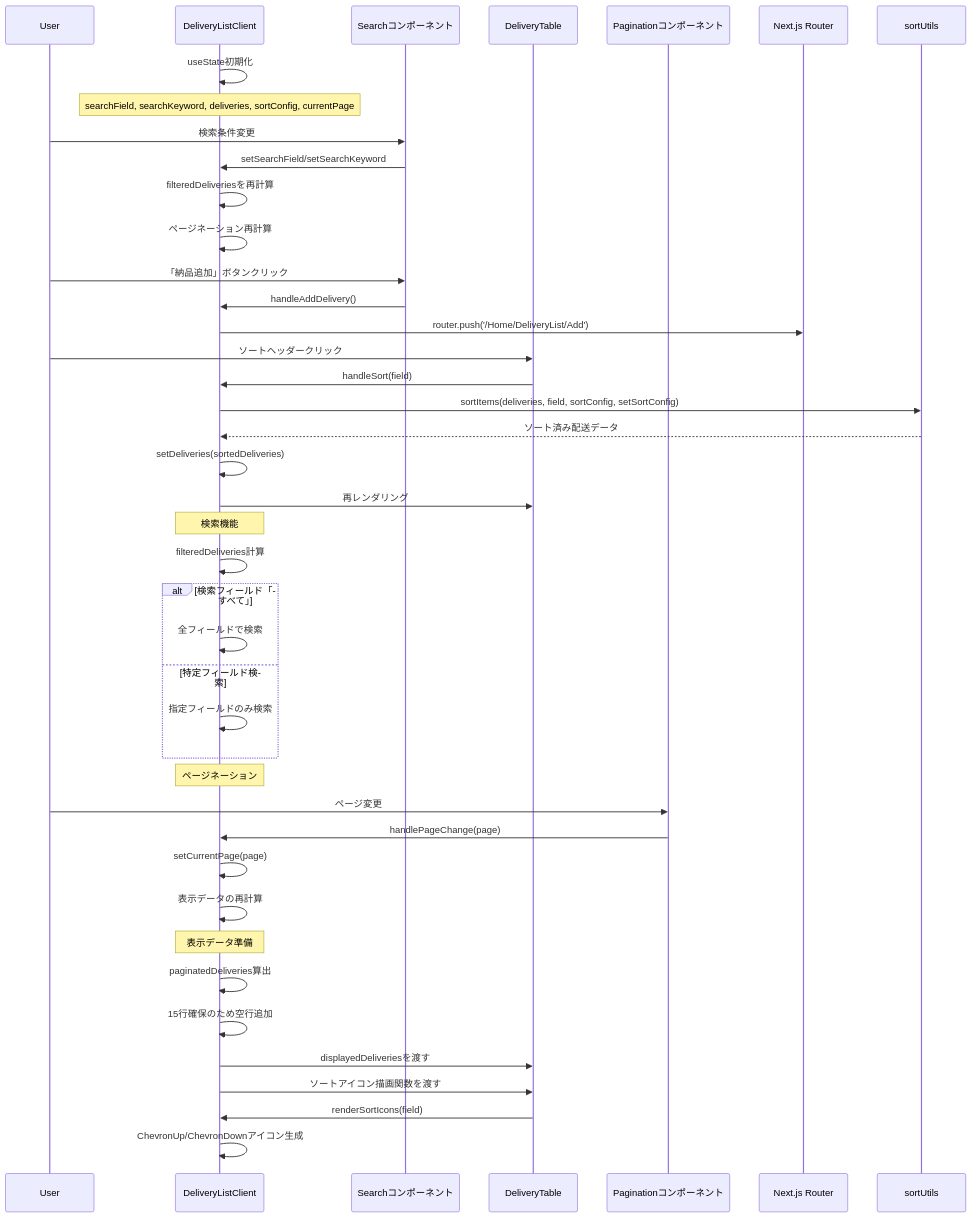
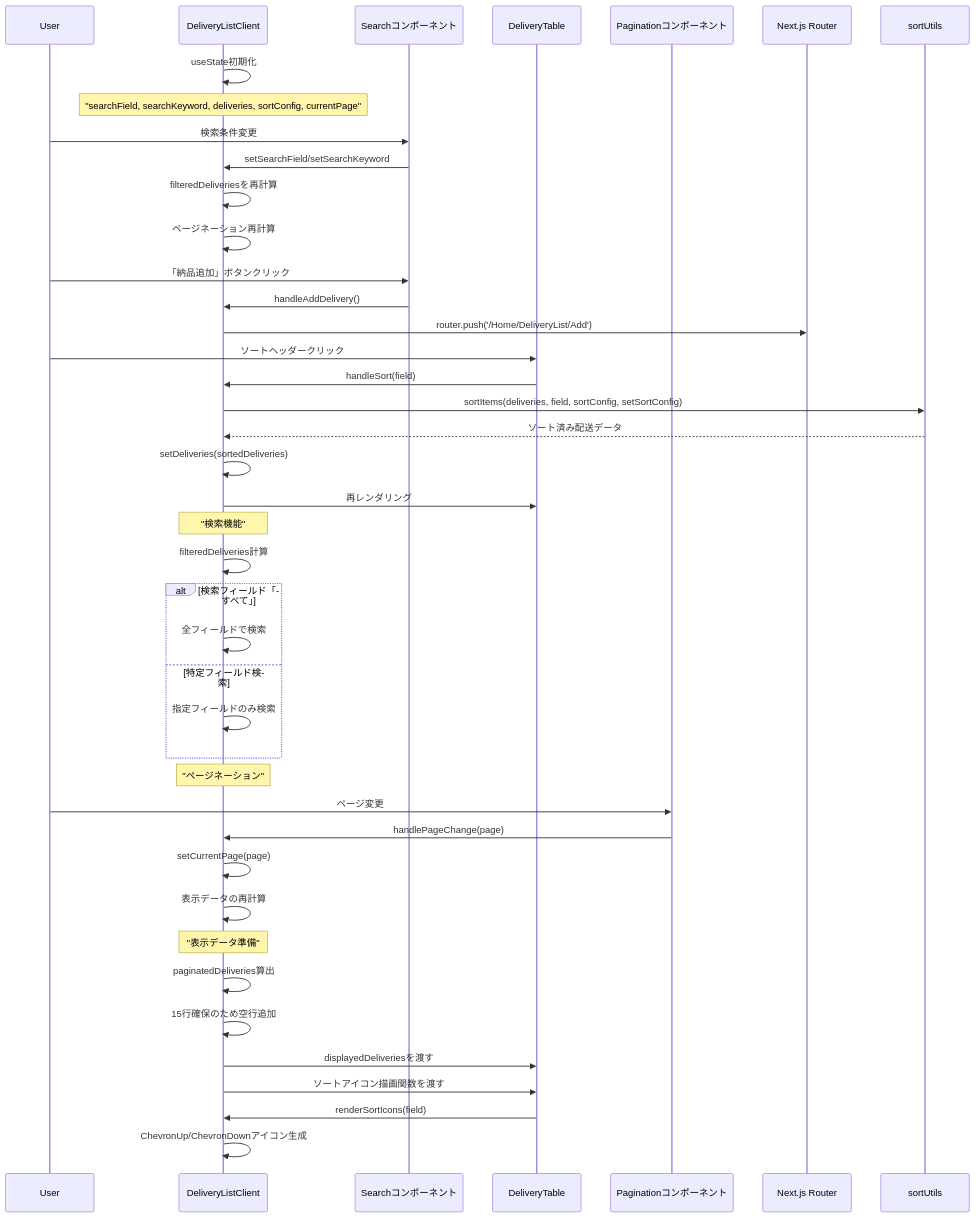
Before and after one commit to wasabi49/ocs-systemDevelopmentExercises: the diagram in document/components/sequence/DeliveryListClient.md, drawn with Mermaid. The commit also changed 42 other files, not shown here.

First line of the commit message:
fix: mermaidシーケンス図のNote over文でダブルクォーテーション不足を修正

````diff
--- a/document/components/sequence/DeliveryListClient.md
+++ b/document/components/sequence/DeliveryListClient.md
@@ -3,52 +3,52 @@
 ```mermaid
 sequenceDiagram
     participant User
     participant Component as DeliveryListClient
     participant Search as Searchコンポーネント
     participant Table as DeliveryTable
     participant Pagination as Paginationコンポーネント
     participant Router as Next.js Router
     participant SortUtils as sortUtils
 
     Component->>Component: useState初期化
-    Note over Component: searchField, searchKeyword, deliveries, sortConfig, currentPage
+    Note over Component: "searchField, searchKeyword, deliveries, sortConfig, currentPage"
 
     User->>Search: 検索条件変更
     Search->>Component: setSearchField/setSearchKeyword
     Component->>Component: filteredDeliveriesを再計算
     Component->>Component: ページネーション再計算
 
     User->>Search: 「納品追加」ボタンクリック
     Search->>Component: handleAddDelivery()
     Component->>Router: router.push('/Home/DeliveryList/Add')
 
     User->>Table: ソートヘッダークリック
     Table->>Component: handleSort(field)
     Component->>SortUtils: sortItems(deliveries, field, sortConfig, setSortConfig)
     SortUtils-->>Component: ソート済み配送データ
     Component->>Component: setDeliveries(sortedDeliveries)
     Component->>Table: 再レンダリング
 
-    Note over Component: 検索機能
+    Note over Component: "検索機能"
     Component->>Component: filteredDeliveries計算
     alt 検索フィールド「すべて」
         Component->>Component: 全フィールドで検索
     else 特定フィールド検索
         Component->>Component: 指定フィールドのみ検索
     end
 
-    Note over Component: ページネーション
+    Note over Component: "ページネーション"
     User->>Pagination: ページ変更
     Pagination->>Component: handlePageChange(page)
     Component->>Component: setCurrentPage(page)
     Component->>Component: 表示データの再計算
 
-    Note over Component: 表示データ準備
+    Note over Component: "表示データ準備"
     Component->>Component: paginatedDeliveries算出
     Component->>Component: 15行確保のため空行追加
     Component->>Table: displayedDeliveriesを渡す
 
     Component->>Table: ソートアイコン描画関数を渡す
     Table->>Component: renderSortIcons(field)
     Component->>Component: ChevronUp/ChevronDownアイコン生成
 ```
````
